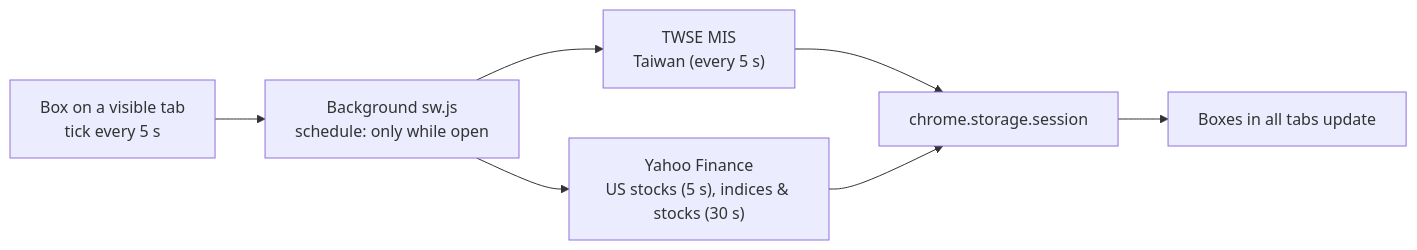
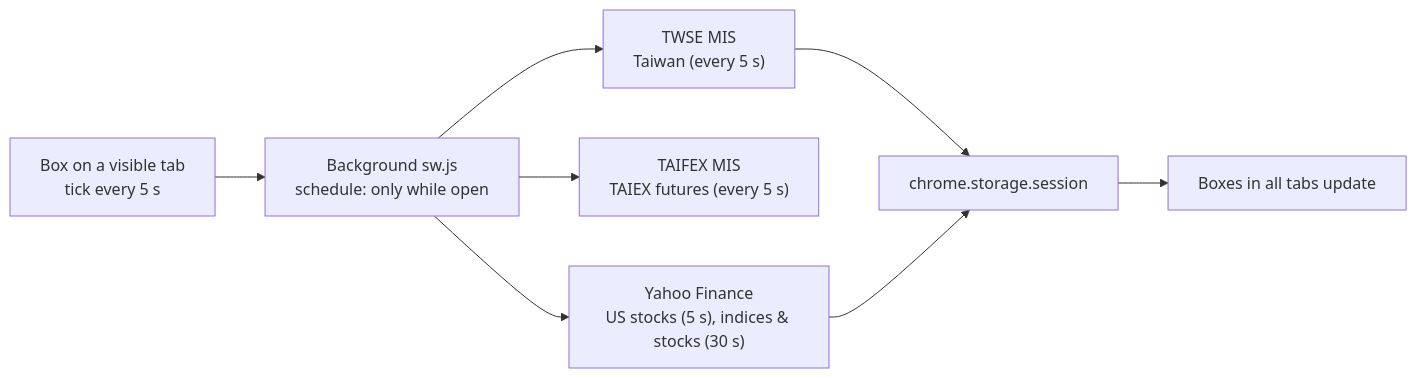
One commit to Ashur5457/PeekaStock changed the diagram in README.en.md. Above: the diagram before and after it, drawn with Mermaid. The commit also changed other lines of this file and 15 other files, not shown here.

First line of the commit message:
Add TAIEX futures (day and night sessions) and US index futures

````diff
--- a/README.en.md
+++ b/README.en.md
@@ -65,9 +67,10 @@
 ```mermaid
 flowchart LR
   BOX["Box on a visible tab<br/>tick every 5 s"] --> SW["Background sw.js<br/>schedule: only while open"]
   SW --> MIS["TWSE MIS<br/>Taiwan (every 5 s)"]
+  SW --> TF["TAIFEX MIS<br/>TAIEX futures (every 5 s)"]
   SW --> YF["Yahoo Finance<br/>US stocks (5 s), indices & stocks (30 s)"]
   MIS --> ST["chrome.storage.session"]
   YF --> ST
   ST --> ALL["Boxes in all tabs update"]
 ```
````
